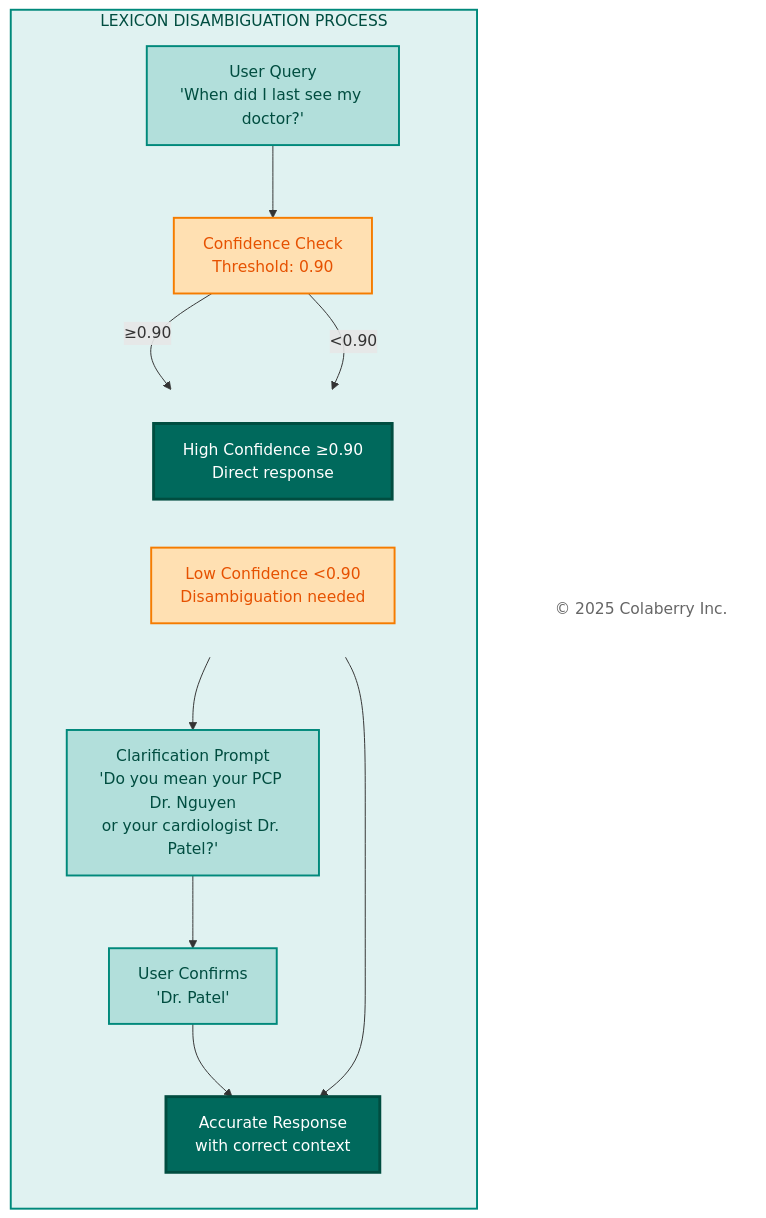
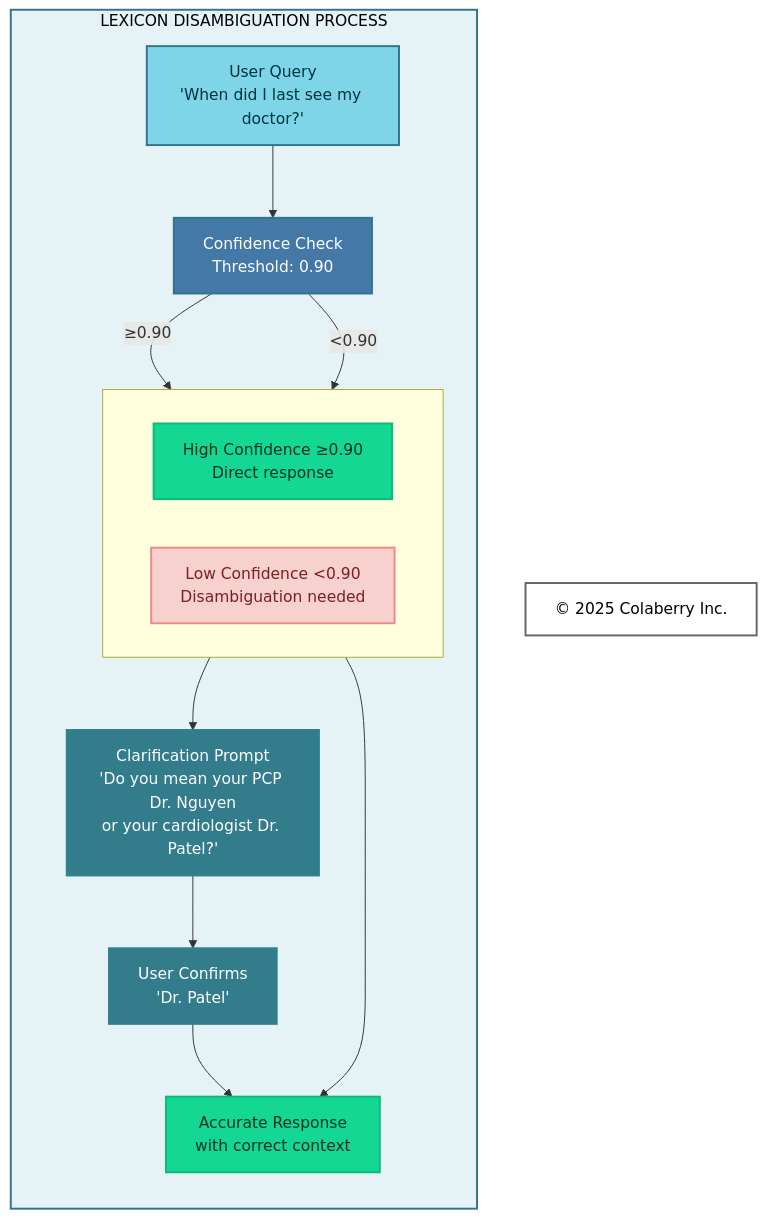
One commit to saitejesh-cyber/trust-before-intelligence-book changed the sixth of 11 diagrams in manuscript/09_chapter_8_architecture_of_trust_in_action.md. Above: the diagram before and after it, drawn with Mermaid. The commit also changed other lines of this file, not shown here.

Commit message:
Update mermaid diagrams as per new coloberry color and contrast ratio for chapter 9

````diff
--- a/manuscript/09_chapter_8_architecture_of_trust_in_action.md
+++ b/manuscript/09_chapter_8_architecture_of_trust_in_action.md
@@ -484,42 +484,42 @@
 ```mermaid
 
 graph TB
     subgraph DISAMBIGUATION["LEXICON DISAMBIGUATION PROCESS"]
         direction TB
         Q["User Query<br/>'When did I last see my doctor?'"]
         
         CONF["Confidence Check<br/>Threshold: 0.90"]
         
         subgraph PATHS[" "]
             direction LR
             HIGH["High Confidence ≥0.90<br/>Direct response"]
             LOW["Low Confidence <0.90<br/>Disambiguation needed"]
         end
         
         PROMPT["Clarification Prompt<br/>'Do you mean your PCP Dr. Nguyen<br/>or your cardiologist Dr. Patel?'"]
         
         RESP["User Confirms<br/>'Dr. Patel'"]
         
         RESULT["Accurate Response<br/>with correct context"]
     end
     
     Copyright["© 2025 Colaberry Inc."]
     
     Q --> CONF
     CONF -->|"≥0.90"| HIGH
     CONF -->|"<0.90"| LOW
     HIGH --> RESULT
     LOW --> PROMPT --> RESP --> RESULT
     
-    style DISAMBIGUATION fill:#e0f2f1,stroke:#00897b,stroke-width:2px,color:#004d40
-    style Q fill:#b2dfdb,stroke:#00897b,stroke-width:2px,color:#004d40
-    style CONF fill:#ffe0b2,stroke:#f57c00,stroke-width:2px,color:#e65100
-    style PATHS fill:none,stroke:none
-    style HIGH fill:#00695c,color:#ffffff,stroke:#004d40,stroke-width:3px
-    style LOW fill:#ffe0b2,stroke:#f57c00,stroke-width:2px,color:#e65100
-    style PROMPT fill:#b2dfdb,stroke:#00897b,stroke-width:2px,color:#004d40
-    style RESP fill:#b2dfdb,stroke:#00897b,stroke-width:2px,color:#004d40
-    style RESULT fill:#00695c,color:#ffffff,stroke:#004d40,stroke-width:3px
-    style Copyright fill:#ffffff,stroke:none,color:#666666
+    style DISAMBIGUATION fill:#E6F3F6,stroke:#32738C,stroke-width:2px,color:#000000
+    style Q fill:#7FD5E8,stroke:#32738C,stroke-width:2px,color:#00323D
+    style CONF fill:#4478A6,stroke:#32738C,stroke-width:2px,color:#ffffff
+    style HIGH fill:#14D793,stroke:#0FB67D,stroke-width:2px,color:#003322
+    style LOW fill:#F6D1CE,stroke:#EB898B,stroke-width:2px,color:#7A1F22
+    style PROMPT fill:#327C8C,stroke:#30838C,stroke-width:2px,color:#ffffff
+    style RESP fill:#327C8C,stroke:#30838C,stroke-width:2px,color:#ffffff
+    style RESULT fill:#14D793,stroke:#0FB67D,stroke-width:2px,color:#003322
+    style Copyright fill:#ffffff,stroke:#666666,stroke-width:2px,color:#000000
+
 
 ```
````
